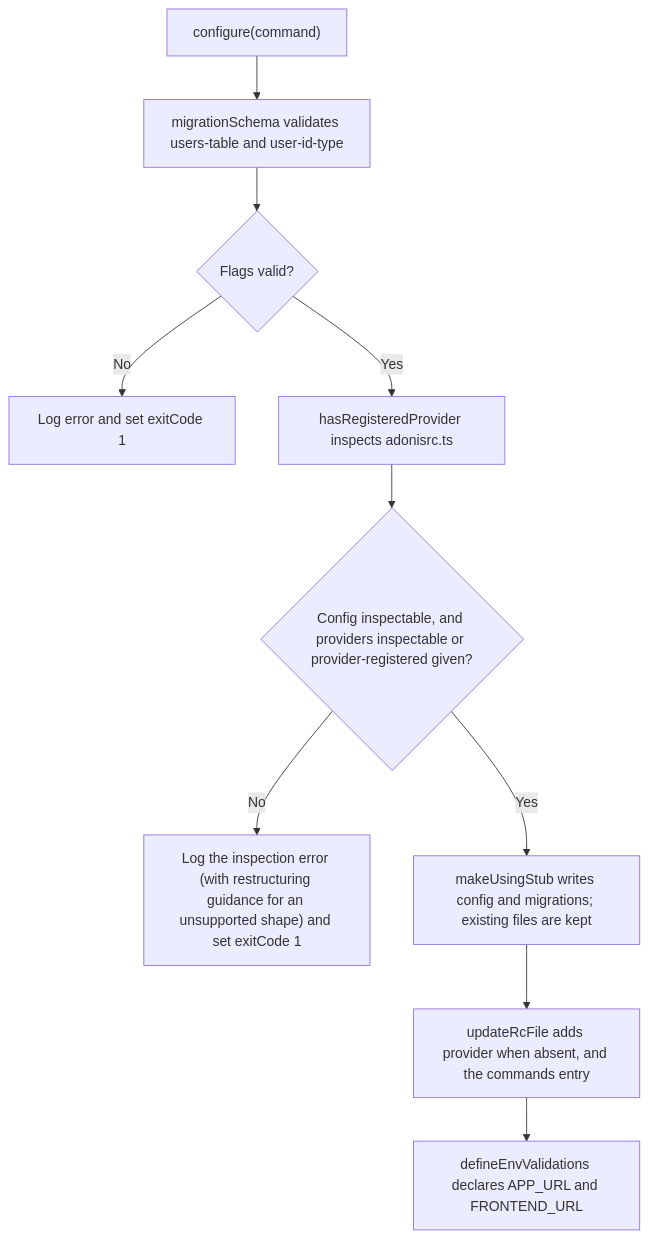
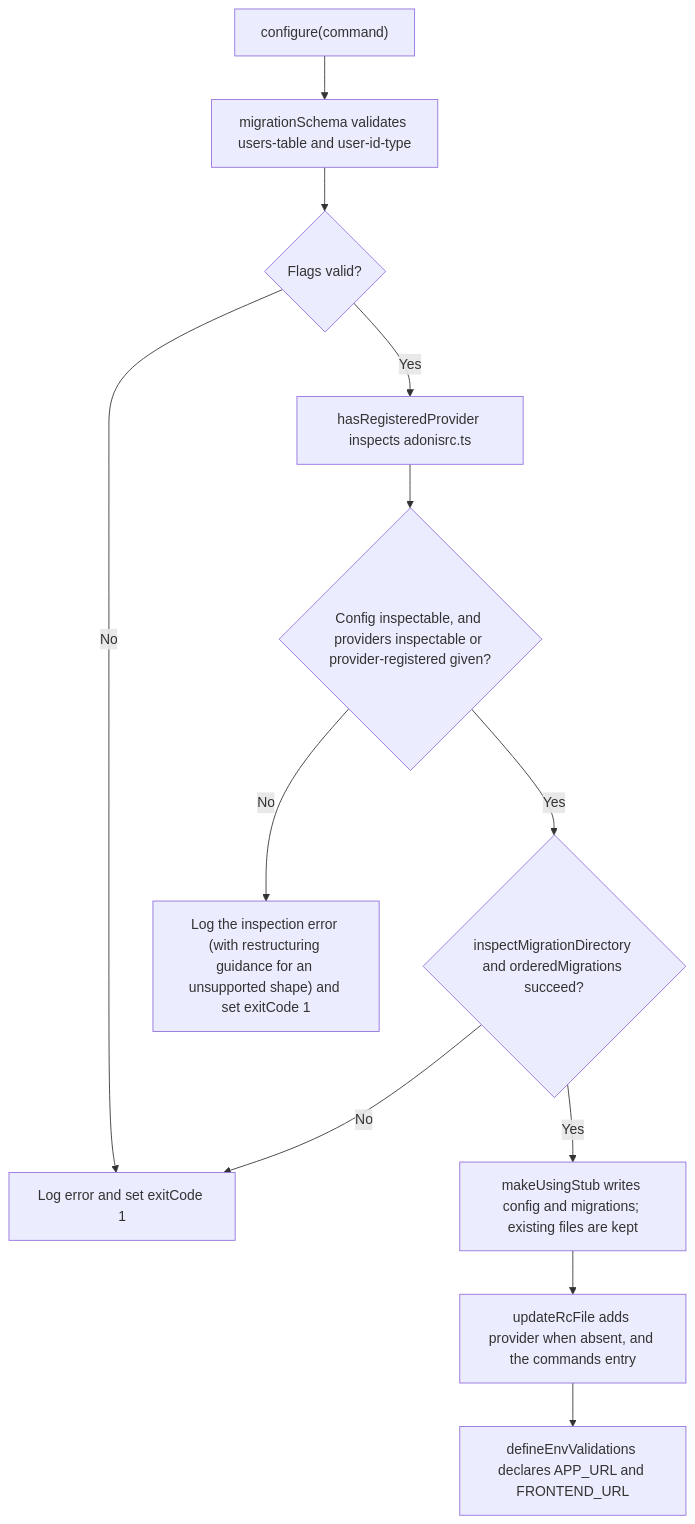
Before and after one commit to Kevinjohn/oss-adonisjs-account-kit: the second of 2 diagrams in user-stories/US-ACCOUNT-60-install-account-kit-package.md, drawn with Mermaid. The commit also changed other lines of this file and 43 other files, not shown here.

````diff
--- a/user-stories/US-ACCOUNT-60-install-account-kit-package.md
+++ b/user-stories/US-ACCOUNT-60-install-account-kit-package.md
@@ -42,12 +46,14 @@
 ```mermaid
 flowchart TD
     A["configure(command)"] --> B["migrationSchema validates users-table and user-id-type"]
     B --> C{"Flags valid?"}
     C -->|No| D["Log error and set exitCode 1"]
     C -->|Yes| E["hasRegisteredProvider inspects adonisrc.ts"]
     E --> F{"Config inspectable, and providers inspectable or provider-registered given?"}
     F -->|No| G["Log the inspection error (with restructuring guidance for an unsupported shape) and set exitCode 1"]
-    F -->|Yes| H["makeUsingStub writes config and migrations; existing files are kept"]
+    F -->|Yes| M{"inspectMigrationDirectory and orderedMigrations succeed?"}
+    M -->|No| D
+    M -->|Yes| H["makeUsingStub writes config and migrations; existing files are kept"]
     H --> I["updateRcFile adds provider when absent, and the commands entry"]
     I --> J["defineEnvValidations declares APP_URL and FRONTEND_URL"]
 ```
````
